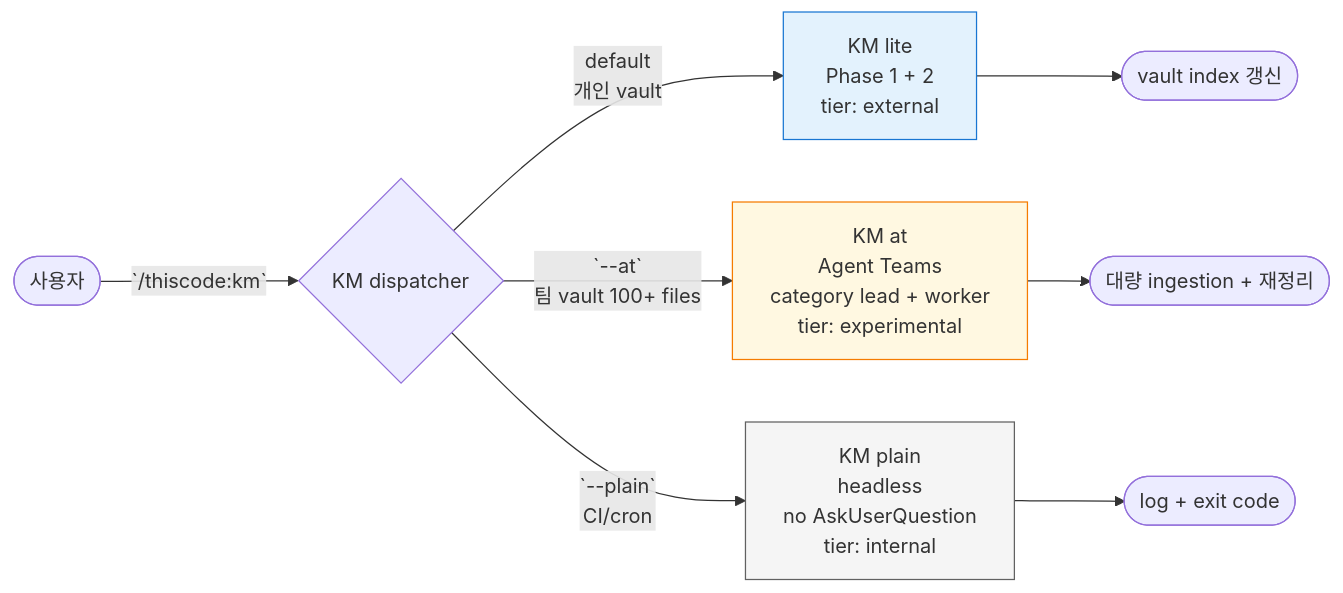
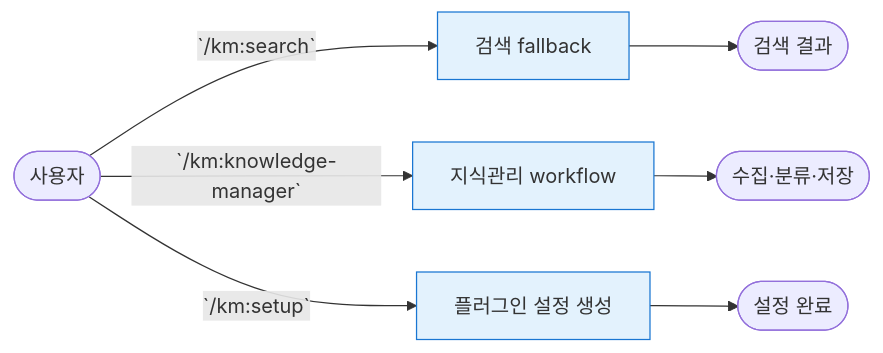
Before and after one commit to treylom/ThisCode: the second of 6 diagrams in docs/ARCHITECTURE.md, drawn with Mermaid. The commit also changed other lines of this file and 15 other files, not shown here.

Commit message:
docs(1.4.0): state the KM boundary — removed vs moved, km plugin owns knowledge/search (B1/B2/B5)

````diff
--- a/docs/ARCHITECTURE.md
+++ b/docs/ARCHITECTURE.md
@@ -41,19 +41,13 @@
 ```mermaid
 flowchart LR
-    User([사용자]) -->|`/thiscode:km`| Disp{KM dispatcher}
+    User([사용자]) -->|`/km:search`| Search[검색 fallback]
+    User -->|`/km:knowledge-manager`| Knowledge[지식관리 workflow]
+    User -->|`/km:setup`| Setup[플러그인 설정 생성]
 
-    Disp -->|default<br/>개인 vault| Lite[KM lite<br/>Phase 1 + 2<br/>tier: external]
-    Disp -->|`--at`<br/>팀 vault 100+ files| AT[KM at<br/>Agent Teams<br/>category lead + worker<br/>tier: experimental]
-    Disp -->|`--plain`<br/>CI/cron| Plain[KM plain<br/>headless<br/>no AskUserQuestion<br/>tier: internal]
+    Search --> Out1([검색 결과])
+    Knowledge --> Out2([수집·분류·저장])
+    Setup --> Out3([설정 완료])
 
-    Lite --> Out1([vault index 갱신])
-    AT --> Out2([대량 ingestion + 재정리])
-    Plain --> Out3([log + exit code])
-
-    classDef lite fill:#e3f2fd,stroke:#1976d2
-    classDef at fill:#fff8e1,stroke:#f57c00
-    classDef plain fill:#f5f5f5,stroke:#616161
-    class Lite lite
-    class AT at
-    class Plain plain
+    classDef command fill:#e3f2fd,stroke:#1976d2
+    class Search,Knowledge,Setup command
 ```
````
